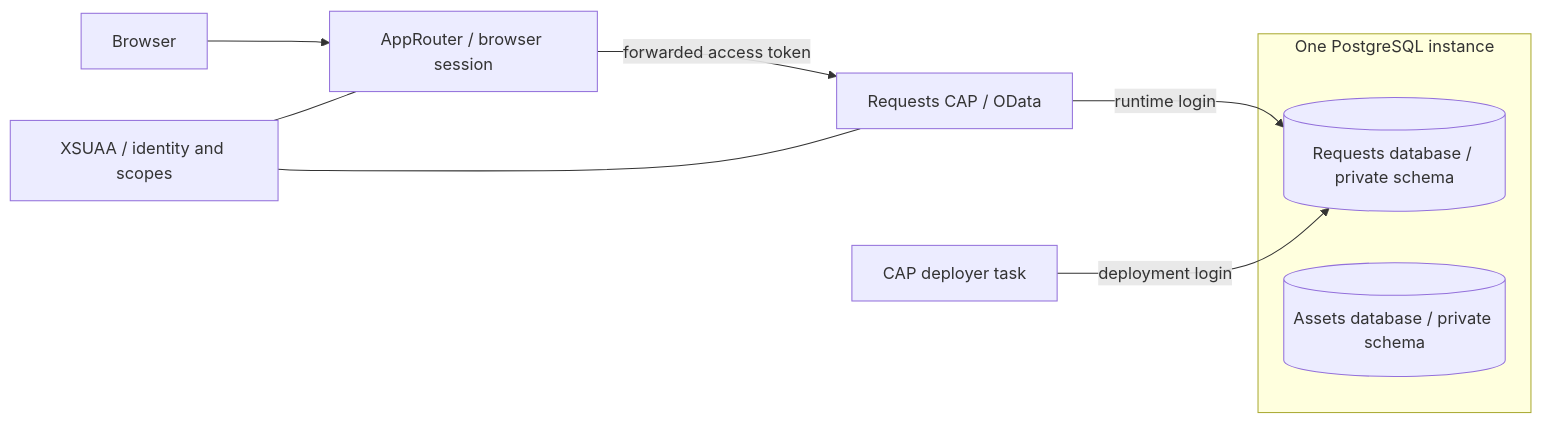
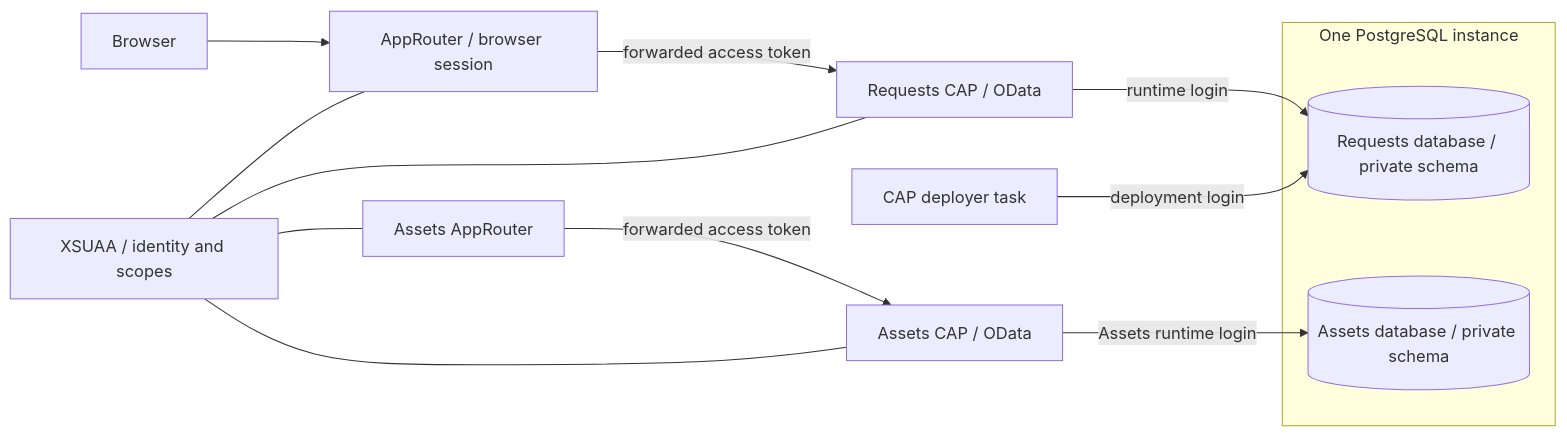
One commit to carlosribeirodev/sap-cap-postgres-cloud-foundry changed the diagram in README.md. Above: the diagram before and after it, drawn with Mermaid. The commit also changed other lines of this file and 28 other files, not shown here.

Commit message:
feat: deploy Assets app and verify PostgreSQL isolation in both directions

````diff
--- a/README.md
+++ b/README.md
@@ -14,13 +14,17 @@
 ```mermaid
 flowchart LR
   Browser --> Router[AppRouter / browser session]
   Router -->|forwarded access token| API[Requests CAP / OData]
   XSUAA[XSUAA / identity and scopes] --- Router
   XSUAA --- API
   API -->|runtime login| Requests[(Requests database / private schema)]
   Deployer[CAP deployer task] -->|deployment login| Requests
+  AssetsRouter[Assets AppRouter] -->|forwarded access token| AssetsAPI[Assets CAP / OData]
+  AssetsAPI -->|Assets runtime login| Assets
+  XSUAA --- AssetsRouter
+  XSUAA --- AssetsAPI
   subgraph PostgreSQL[One PostgreSQL instance]
     Requests
     Assets[(Assets database / private schema)]
   end
 ```
````
